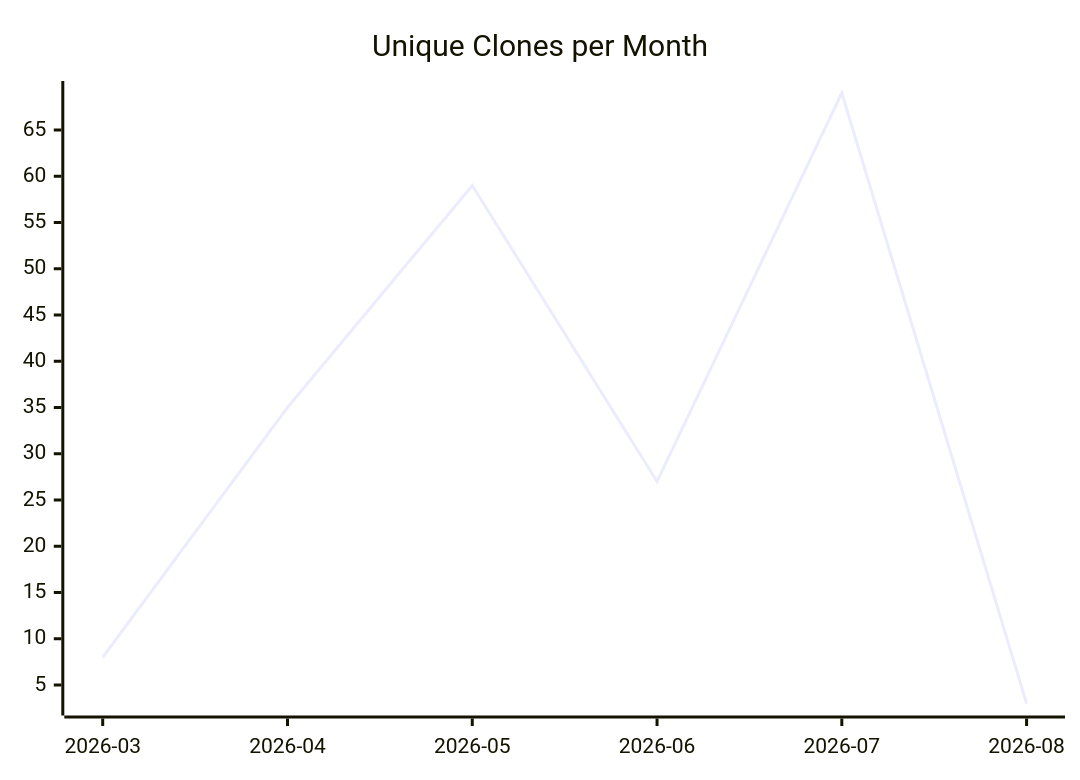
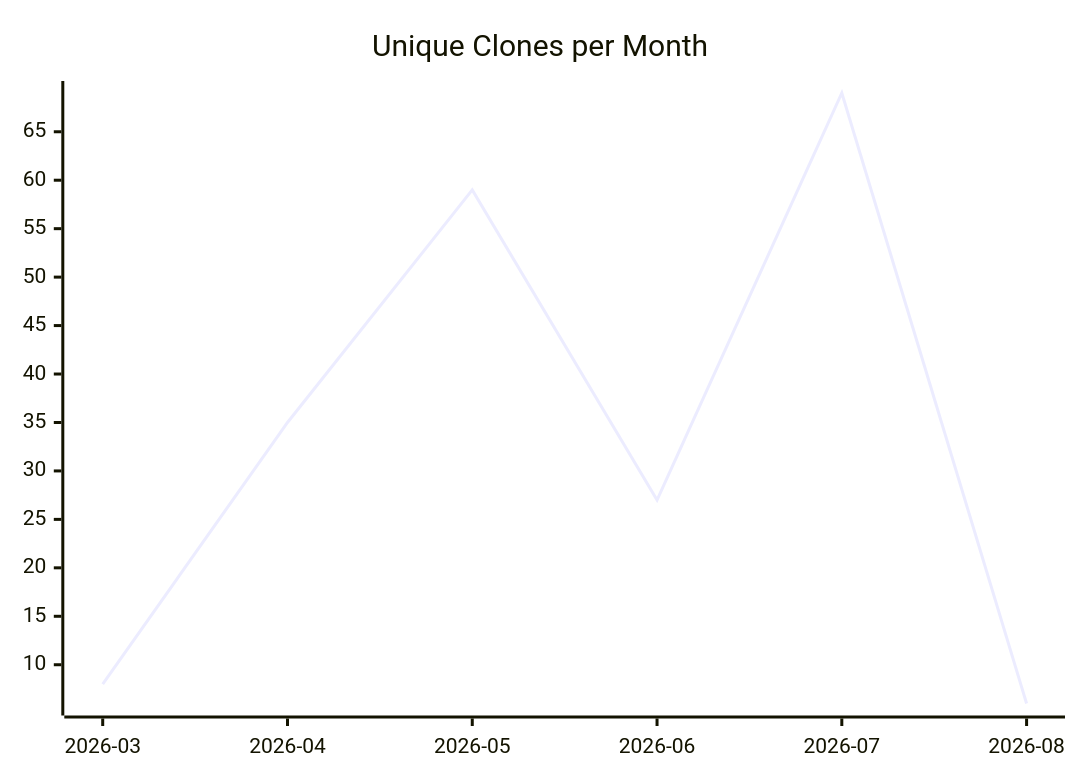
The third of 3 diagrams in karlmdavis/fhir-benchmarks/README.md (justdavis-family/github-analytics-data), drawn with Mermaid before and after one commit. The commit also changed other lines of this file and 190 other files, not shown here.

````diff
--- a/karlmdavis/fhir-benchmarks/README.md
+++ b/karlmdavis/fhir-benchmarks/README.md
@@ -19,6 +19,6 @@
 ```mermaid
 xychart-beta
   title "Unique Clones per Month"
   x-axis ["2026-03", "2026-04", "2026-05", "2026-06", "2026-07", "2026-08"]
-  line [8, 35, 59, 27, 69, 3]
+  line [8, 35, 59, 27, 69, 6]
 ```
````
